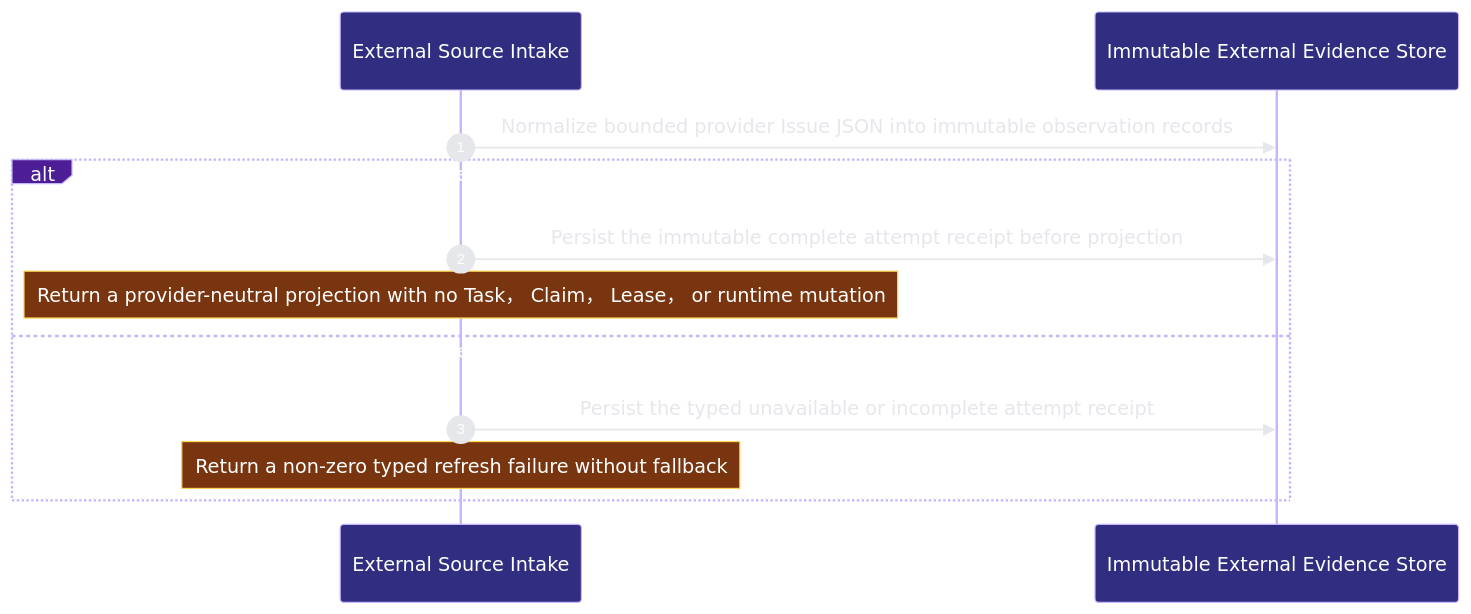
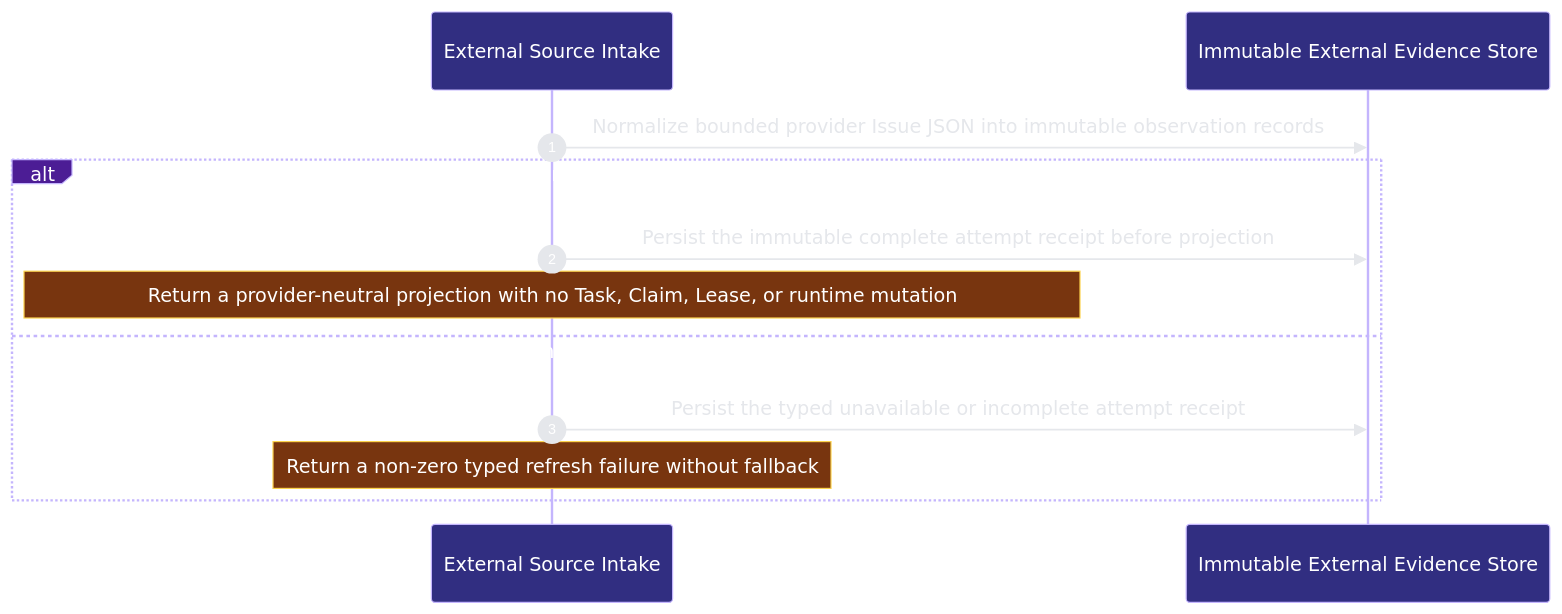
Before and after one commit to Ancienttwo/repo-harness: the second of 2 diagrams in docs/architecture/modules/runtime-harness/external-source-intake.md, drawn with Mermaid. The commit also changed other lines of this file and 46 other files, not shown here.

First line of the commit message:
docs(architecture): re-project the architecture docs with archctx 0.7.1

````diff
--- a/docs/architecture/modules/runtime-harness/external-source-intake.md
+++ b/docs/architecture/modules/runtime-harness/external-source-intake.md
@@ -61,15 +76,15 @@
 ```mermaid
 %%{init: {"theme":"base","themeVariables":{"background":"#0d1117","actorBkg":"#312e81","actorBorder":"#c4b5fd","actorTextColor":"#ffffff","signalColor":"#e5e7eb","signalTextColor":"#e5e7eb","labelBoxBkgColor":"#4c1d95","labelBoxBorderColor":"#c4b5fd","labelTextColor":"#ffffff","noteBkgColor":"#78350f","noteBorderColor":"#fcd34d","noteTextColor":"#ffffff","sequenceNumberColor":"#ffffff"}}}%%
 sequenceDiagram
   autonumber
   participant p2_intake_2d1003be as External Source Intake
   participant p2_immutable_evidence_fee8abfe as Immutable External Evidence Store
   p2_intake_2d1003be->>p2_immutable_evidence_fee8abfe: Normalize bounded provider Issue JSON into immutable observation records
   alt Complete provider evidence remains a read-only projection
   p2_intake_2d1003be->>p2_immutable_evidence_fee8abfe: Persist the immutable complete attempt receipt before projection
-    Note over p2_intake_2d1003be: Return a provider-neutral projection with no Task， Claim， Lease， or runtime mutation
+    Note over p2_intake_2d1003be: Return a provider-neutral projection with no Task#44; Claim#44; Lease#44; or runtime mutation
   else Provider failures and bounds never become a healthy empty refresh
   p2_intake_2d1003be->>p2_immutable_evidence_fee8abfe: Persist the typed unavailable or incomplete attempt receipt
     Note over p2_intake_2d1003be: Return a non-zero typed refresh failure without fallback
   end
 ```
````
